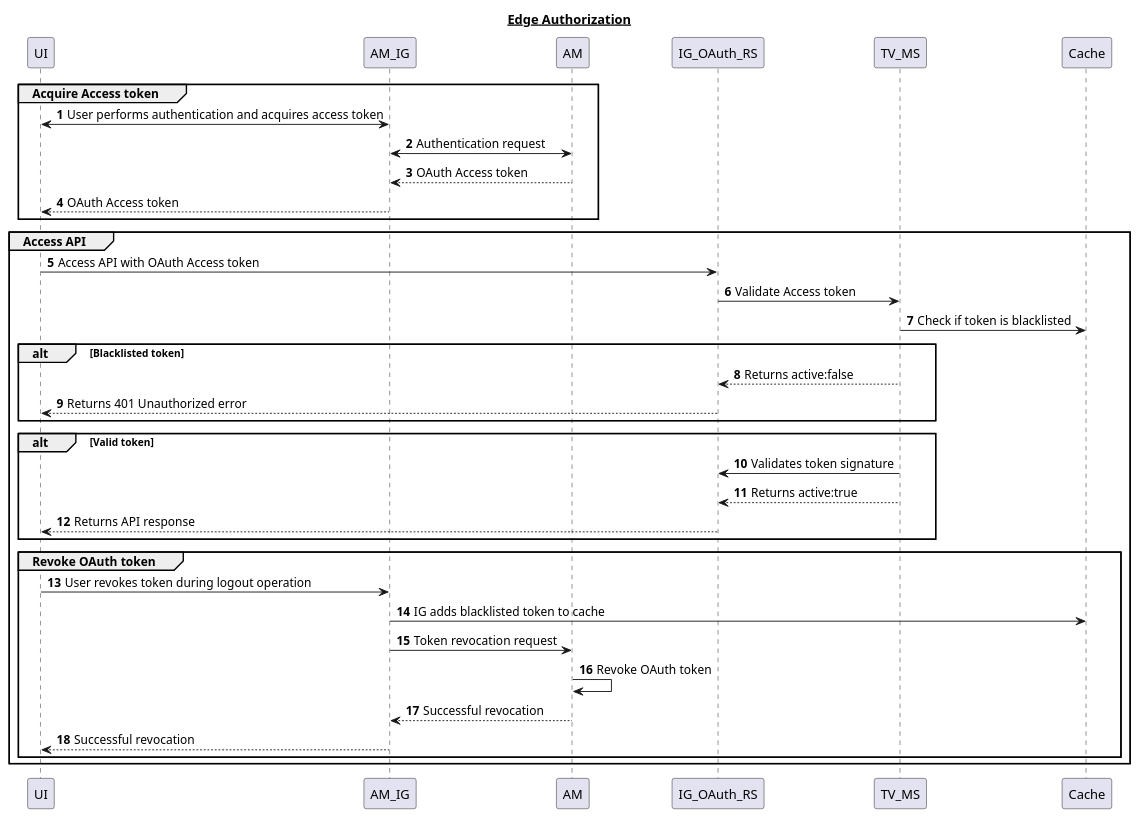
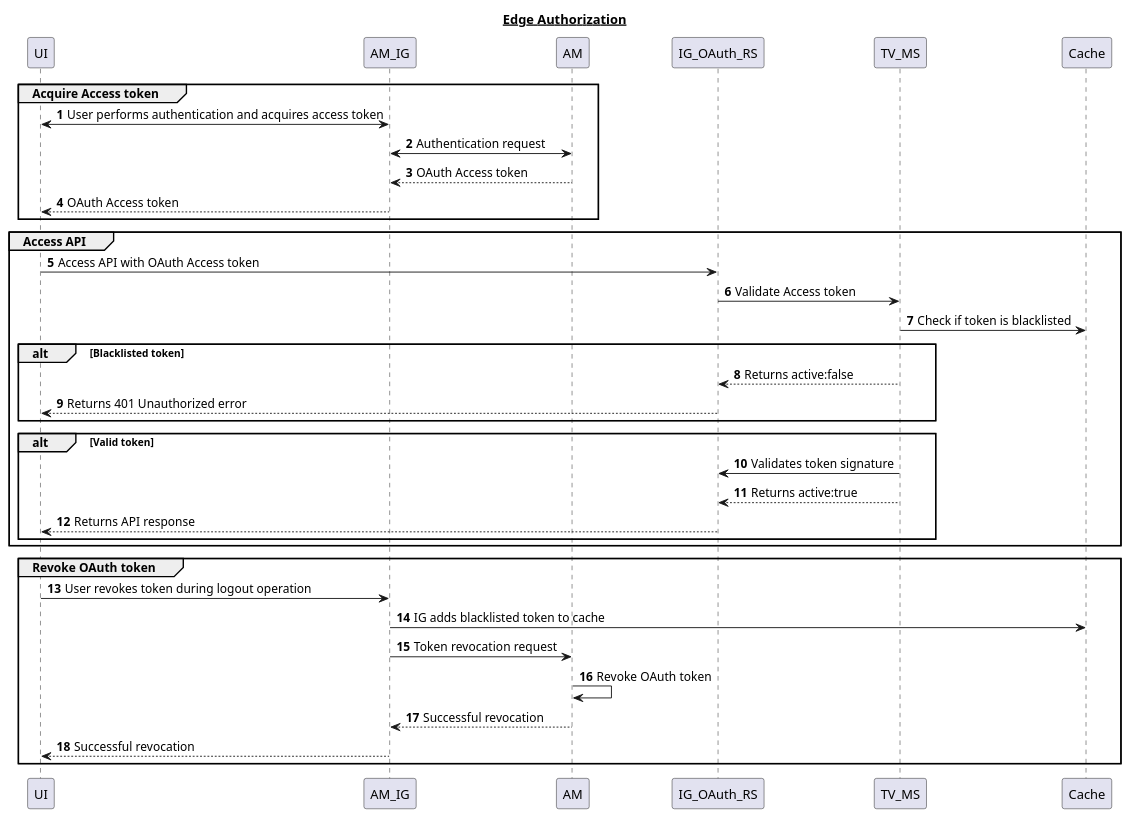
One commit to CharanMann/EdgeAuthz-TokenValidation changed the diagram in diagrams/EdgeAuthzSequence.puml. Above: the diagram before and after it, drawn with PlantUML. The commit also changed 1 other file, not shown here.

Commit message:
Updated flow

```diff
--- a/diagrams/EdgeAuthzSequence.puml
+++ b/diagrams/EdgeAuthzSequence.puml
@@ -1,37 +1,36 @@
 @startuml
 title __Edge Authorization__
 autonumber
 
 group Acquire Access token
 UI<->AM_IG: User performs authentication and acquires access token
 AM_IG<->AM: Authentication request
 AM-->AM_IG: OAuth Access token
 AM_IG-->UI: OAuth Access token
 end
 
 group Access API
 UI->IG_OAuth_RS: Access API with OAuth Access token
 IG_OAuth_RS->TV_MS: Validate Access token
 TV_MS->Cache: Check if token is blacklisted
 alt Blacklisted token
 TV_MS-->IG_OAuth_RS: Returns active:false
 IG_OAuth_RS-->UI: Returns 401 Unauthorized error
 end
 alt Valid token
 TV_MS->IG_OAuth_RS: Validates token signature
 TV_MS-->IG_OAuth_RS: Returns active:true
 IG_OAuth_RS-->UI: Returns API response
 end
+end
 
 group Revoke OAuth token
 UI->AM_IG: User revokes token during logout operation
 AM_IG->Cache: IG adds blacklisted token to cache
 AM_IG->AM: Token revocation request
 AM->AM: Revoke OAuth token
 AM-->AM_IG: Successful revocation
 AM_IG-->UI: Successful revocation
 end
 
-end
-
 @enduml
```
